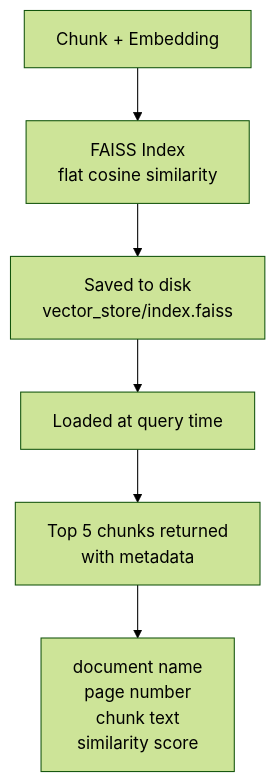
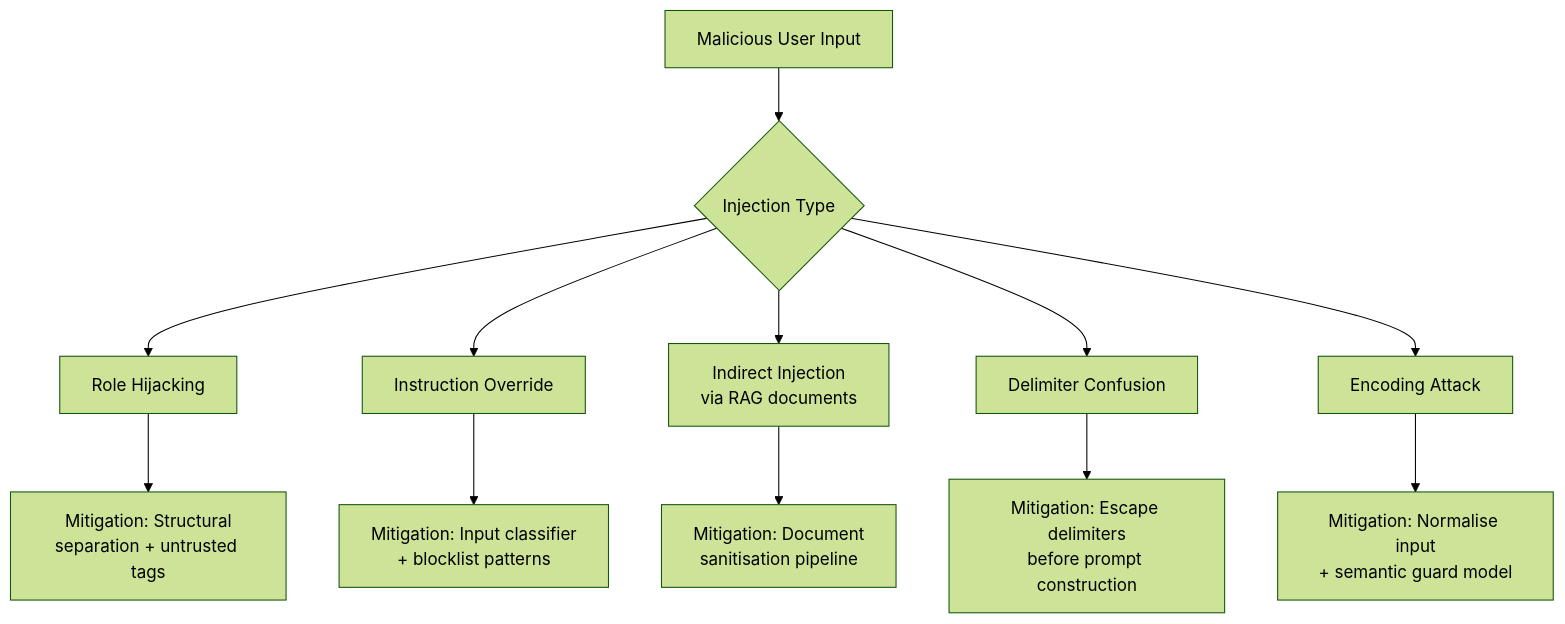
Before and after one commit to sukhmeetoberoi/artikate-ai-assessment: the second of 3 diagrams in ANSWERS.md, drawn with Mermaid (forest theme). The commit also changed other lines of this file, not shown here.

````diff
--- a/ANSWERS.md
+++ b/ANSWERS.md
@@ -117,8 +237,15 @@
 ```mermaid
 flowchart TD
-    A[Chunk + Embedding] --> B[FAISS Index\nflat cosine similarity]
-    B --> C[Saved to disk\nvector_store/index.faiss]
-    C --> D[Loaded at query time]
-    D --> E[Top 5 chunks returned\nwith metadata]
-    E --> F[document name\npage number\nchunk text\nsimilarity score]
+    A[Malicious User Input] --> B{Injection Type}
+    B --> C[Role Hijacking]
+    B --> D[Instruction Override]
+    B --> E[Indirect Injection\nvia RAG documents]
+    B --> F[Delimiter Confusion]
+    B --> G[Encoding Attack]
+    
+    C --> C1[Mitigation: Structural\nseparation + untrusted tags]
+    D --> D1[Mitigation: Input classifier\n+ blocklist patterns]
+    E --> E1[Mitigation: Document\nsanitisation pipeline]
+    F --> F1[Mitigation: Escape delimiters\nbefore prompt construction]
+    G --> G1[Mitigation: Normalise input\n+ semantic guard model]
 ```
````
